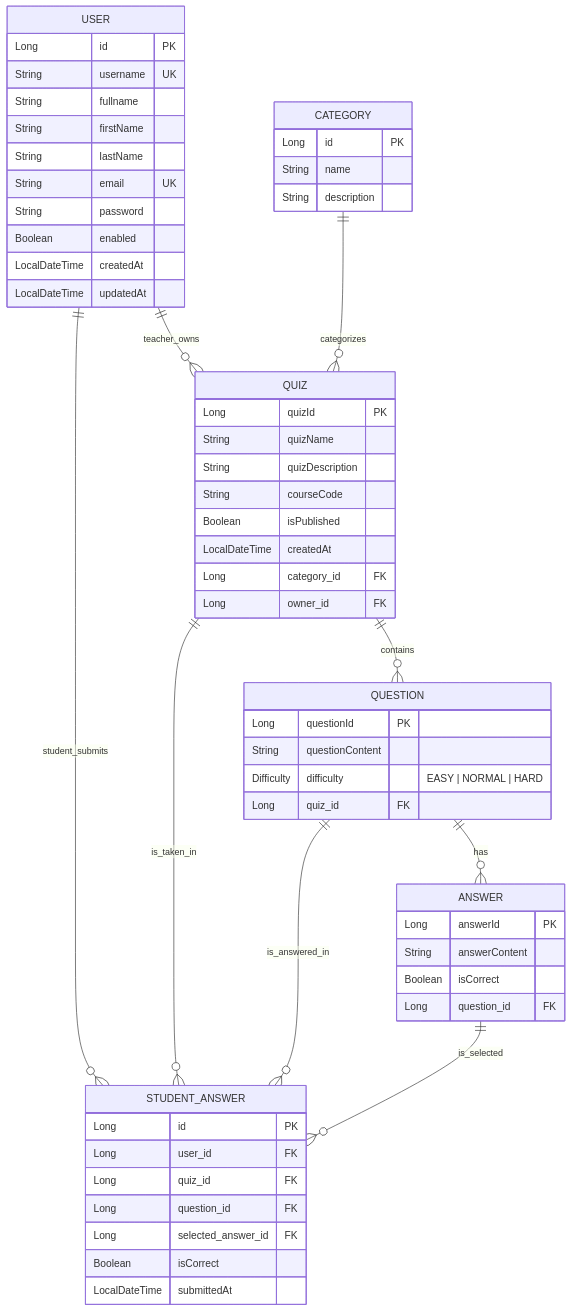
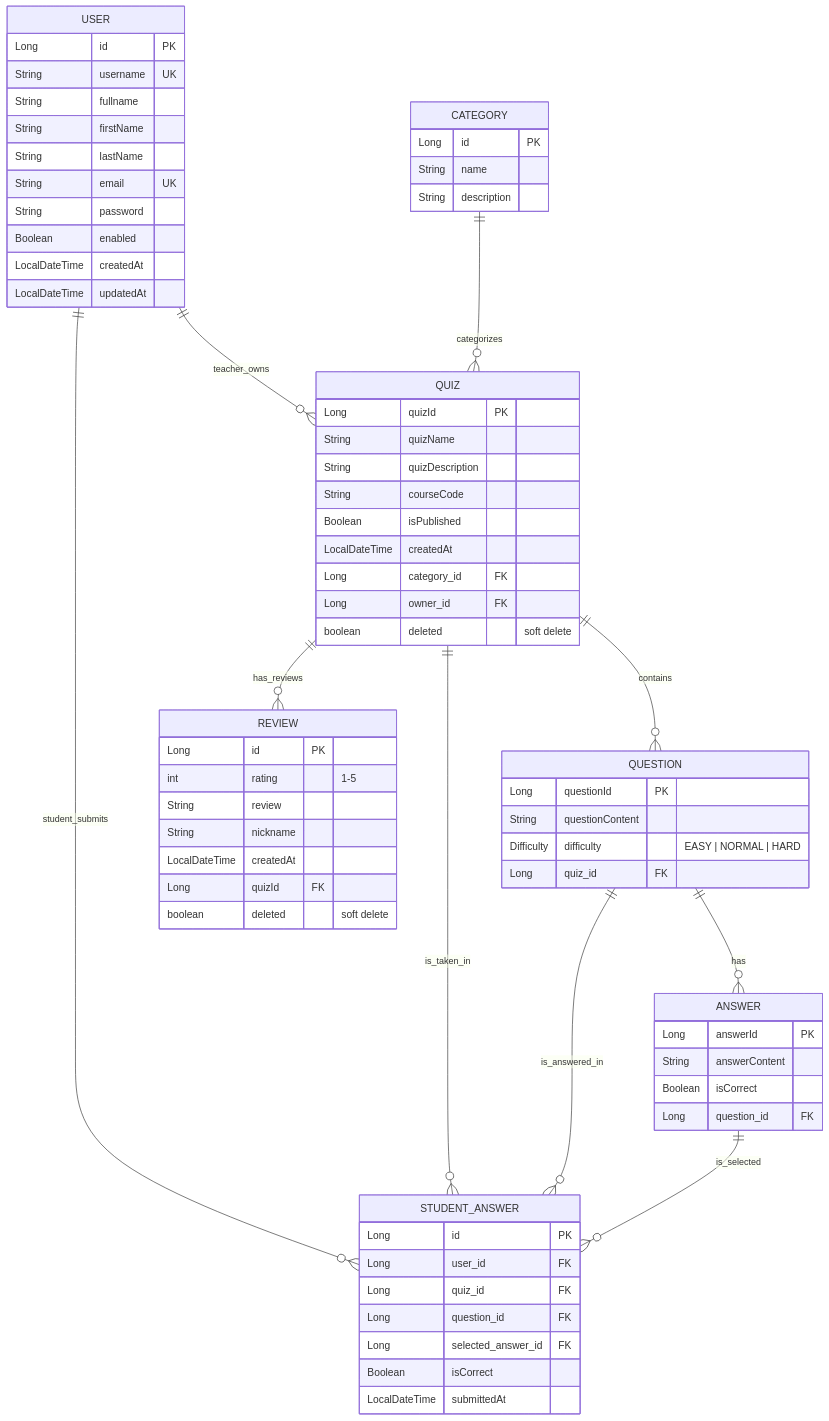
Before and after one commit to The-Five-Stack/Quizzer: the diagram in README.md, drawn with Mermaid. The commit also changed other lines of this file, not shown here.

Commit message:
enhance: add review entity and relationships to README

````diff
--- a/README.md
+++ b/README.md
@@ -101,65 +101,77 @@
 ```mermaid
 erDiagram
     USER ||--o{ QUIZ : "teacher_owns"
     CATEGORY ||--o{ QUIZ : "categorizes"
     QUIZ ||--o{ QUESTION : "contains"
+    QUIZ ||--o{ REVIEW : "has_reviews"
     QUESTION ||--o{ ANSWER : "has"
     USER ||--o{ STUDENT_ANSWER : "student_submits"
     QUIZ ||--o{ STUDENT_ANSWER : "is_taken_in"
     QUESTION ||--o{ STUDENT_ANSWER : "is_answered_in"
     ANSWER ||--o{ STUDENT_ANSWER : "is_selected"
 
     USER {
         Long id PK
         String username UK
         String fullname
         String firstName
         String lastName
         String email UK
         String password
         Boolean enabled
         LocalDateTime createdAt
         LocalDateTime updatedAt
     }
 
     CATEGORY {
         Long id PK
         String name
         String description
     }
 
     QUIZ {
         Long quizId PK
         String quizName
         String quizDescription
         String courseCode
         Boolean isPublished
         LocalDateTime createdAt
         Long category_id FK
         Long owner_id FK
+        boolean deleted "soft delete"
     }
 
     QUESTION {
         Long questionId PK
         String questionContent
         Difficulty difficulty "EASY | NORMAL | HARD"
         Long quiz_id FK
     }
 
     ANSWER {
         Long answerId PK
         String answerContent
         Boolean isCorrect
         Long question_id FK
     }
 
     STUDENT_ANSWER {
         Long id PK
         Long user_id FK
         Long quiz_id FK
         Long question_id FK
         Long selected_answer_id FK
         Boolean isCorrect
         LocalDateTime submittedAt
     }
+
+    REVIEW {
+        Long id PK
+        int rating "1-5"
+        String review
+        String nickname
+        LocalDateTime createdAt
+        Long quizId FK
+        boolean deleted "soft delete"
+    }
 ```
````
